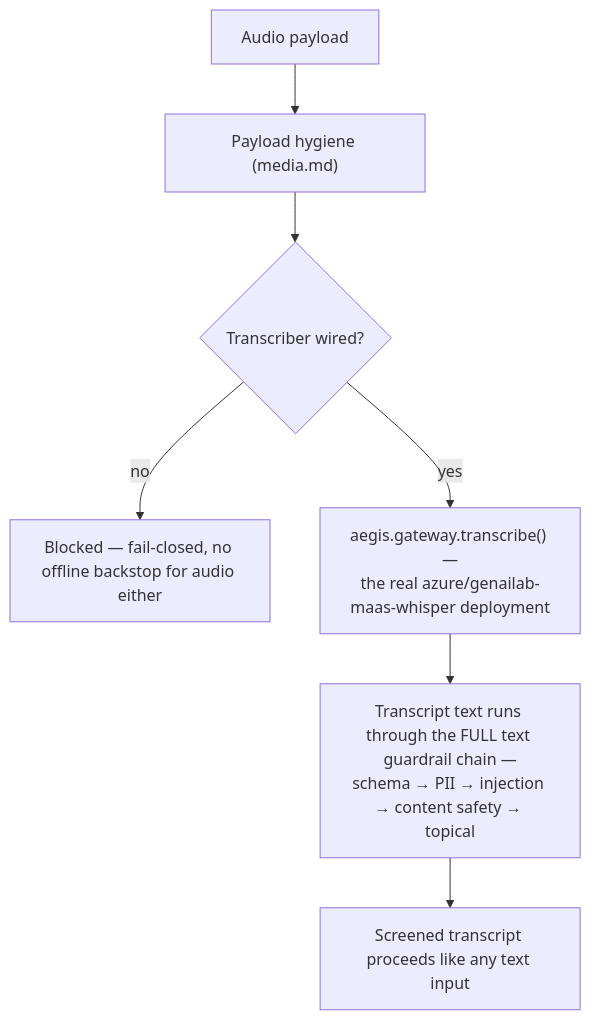
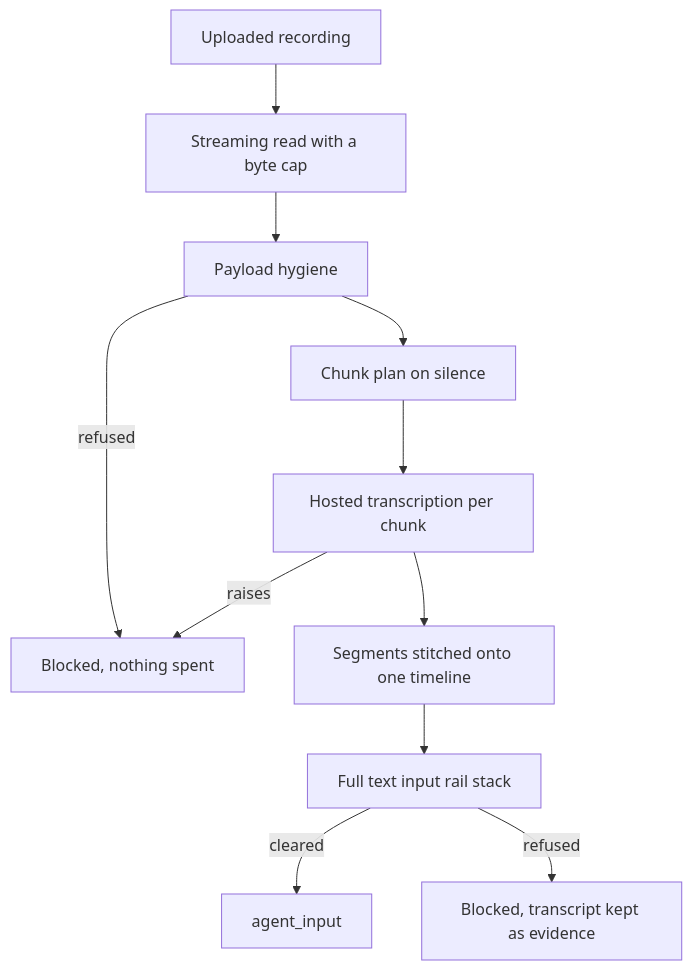
Before and after one commit to yrevash/aegis: the diagram in docs/teaching/voice.md, drawn with Mermaid. The commit also changed other lines of this file and 29 other files, not shown here.

````diff
--- a/docs/teaching/voice.md
+++ b/docs/teaching/voice.md
@@ -23,9 +19,13 @@
 ```mermaid
 flowchart TD
-    A[Audio payload] --> B["Payload hygiene (media.md)"]
-    B --> C{"Transcriber wired?"}
-    C -->|no| BLOCK["Blocked — fail-closed, no offline backstop for audio either"]
-    C -->|yes| D["aegis.gateway.transcribe() —<br/>the real azure/genailab-maas-whisper deployment"]
-    D --> E["Transcript text runs through the FULL text guardrail chain —<br/>schema → PII → injection → content safety → topical"]
-    E --> F[Screened transcript proceeds like any text input]
+    A[Uploaded recording] --> B[Streaming read with a byte cap]
+    B --> C[Payload hygiene]
+    C -->|refused| X[Blocked, nothing spent]
+    C --> D[Chunk plan on silence]
+    D --> E[Hosted transcription per chunk]
+    E -->|raises| X
+    E --> F[Segments stitched onto one timeline]
+    F --> G[Full text input rail stack]
+    G -->|cleared| H[agent_input]
+    G -->|refused| I[Blocked, transcript kept as evidence]
 ```
````
